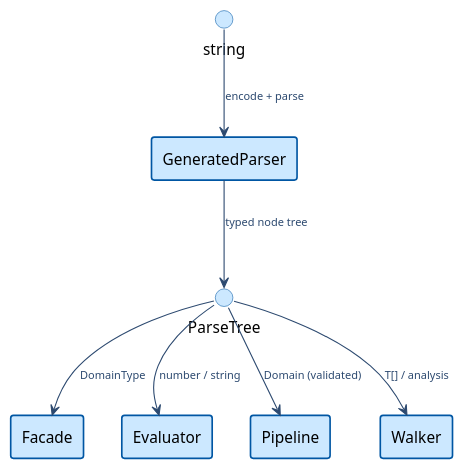
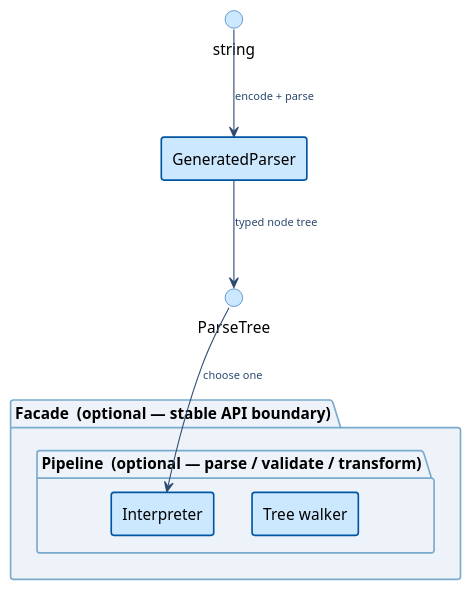
The diagram in docs-site/src/diagrams/pattern-overview.puml (ConfiguredThings/RDP.js), drawn with PlantUML before and after one commit. The commit also changed 8 other files, not shown here.

```diff
--- a/docs-site/src/diagrams/pattern-overview.puml
+++ b/docs-site/src/diagrams/pattern-overview.puml
@@ -1,39 +1,36 @@
 @startuml pattern-overview
 skinparam componentStyle rectangle
 skinparam defaultFontName monospace
 skinparam ArrowColor #2d4a70
 skinparam ArrowFontColor #2d4a70
 skinparam ArrowFontSize 10
 skinparam ComponentBorderColor #0056A3
 skinparam ComponentBorderThickness 1.5
 skinparam ComponentBackgroundColor #cce8ff
 skinparam PackageBorderColor #7aaacc
 skinparam PackageBorderThickness 1.5
 skinparam BackgroundColor transparent
 skinparam InterfaceBackgroundColor #cce8ff
 skinparam InterfaceBorderColor #0056A3
 
 top to bottom direction
 
 () " string " as input
 component "GeneratedParser" as parser
 interface "ParseTree" as tree
 
 input -down-> parser : encode + parse
 parser -down-> tree : typed node tree
 
-component "Facade" as facade
-component "Evaluator" as evaluator
-component "Pipeline" as pipeline
-component "Walker" as walker
+package "Facade  (optional — stable API boundary)" as facadePkg #EEF3FA {
+  package "Pipeline  (optional — parse / validate / transform)" as pipelinePkg {
+    component "Interpreter" as interp
+    component "Tree walker" as treewalker
+    interp -[hidden]r-> treewalker
+  }
+}
 
-facade -[hidden]r-> evaluator
-evaluator -[hidden]r-> pipeline
-pipeline -[hidden]r-> walker
-
-tree --> facade       : DomainType
-tree --> evaluator    : number / string
-tree --> pipeline     : Domain (validated)
-tree --> walker       : T[] / analysis
+tree -down-> interp      : choose one
+tree -[hidden]-> treewalker
 
 @enduml
```
